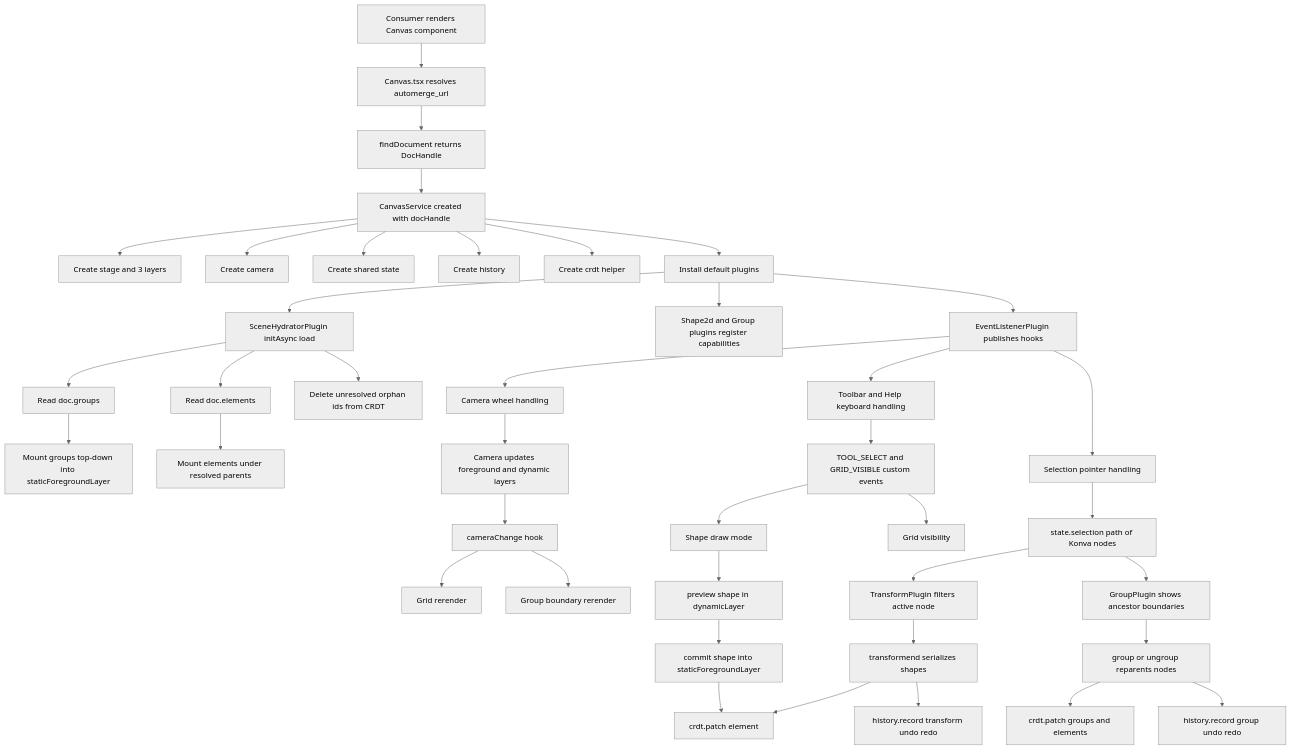
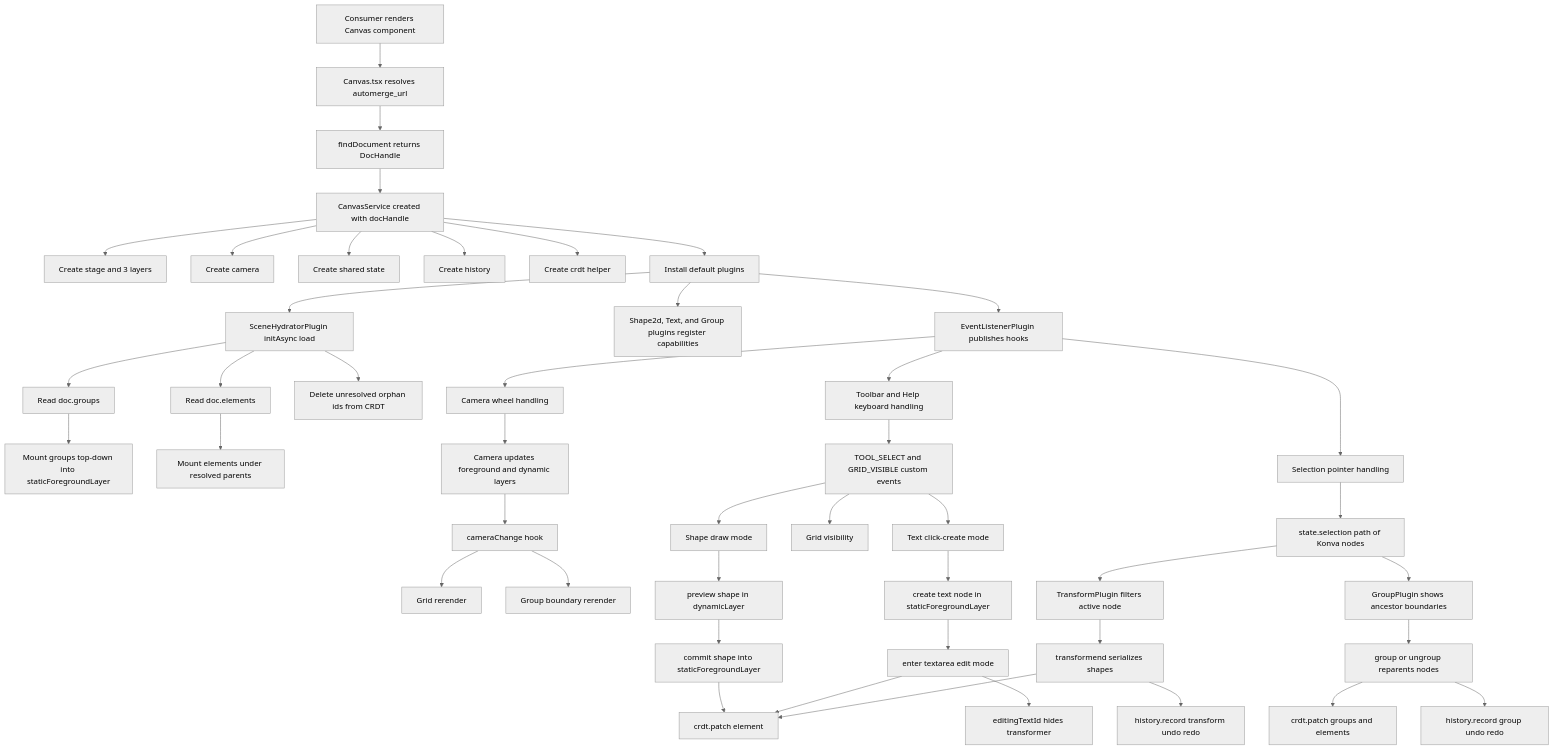
The diagram in specs/spec.canvas.md (vibecanvas/vibecanvas), drawn with Mermaid (neutral theme) before and after one commit. The commit also changed other lines of this file and 14 other files, not shown here.

````diff
--- a/specs/spec.canvas.md
+++ b/specs/spec.canvas.md
@@ -796,52 +849,58 @@
 ```mermaid
 flowchart TD
   A[Consumer renders Canvas component] --> B[Canvas.tsx resolves automerge_url]
   B --> C[findDocument returns DocHandle]
   C --> D[CanvasService created with docHandle]
 
   D --> E[Create stage and 3 layers]
   D --> F[Create camera]
   D --> G[Create shared state]
   D --> H[Create history]
   D --> I[Create crdt helper]
   D --> J[Install default plugins]
 
   J --> K[EventListenerPlugin publishes hooks]
-  J --> L[Shape2d and Group plugins register capabilities]
+  J --> L[Shape2d, Text, and Group plugins register capabilities]
   J --> M[SceneHydratorPlugin initAsync load]
 
   M --> N[Read doc.groups]
   M --> O[Read doc.elements]
   N --> P[Mount groups top-down into staticForegroundLayer]
   O --> Q[Mount elements under resolved parents]
   M --> R[Delete unresolved orphan ids from CRDT]
 
   K --> S[Toolbar and Help keyboard handling]
   K --> T[Selection pointer handling]
   K --> U[Camera wheel handling]
 
   U --> V[Camera updates foreground and dynamic layers]
   V --> W[cameraChange hook]
   W --> X[Grid rerender]
   W --> Y[Group boundary rerender]
 
   S --> Z[TOOL_SELECT and GRID_VISIBLE custom events]
   Z --> AA[Shape draw mode]
   Z --> AB[Grid visibility]
+  Z --> AC2[Text click-create mode]
 
   T --> AC[state.selection path of Konva nodes]
   AC --> AD[TransformPlugin filters active node]
   AC --> AE[GroupPlugin shows ancestor boundaries]
 
   AA --> AF[preview shape in dynamicLayer]
   AF --> AG[commit shape into staticForegroundLayer]
   AG --> AH[crdt.patch element]
 
+  AC2 --> AT[create text node in staticForegroundLayer]
+  AT --> AU[enter textarea edit mode]
+  AU --> AV[editingTextId hides transformer]
+  AU --> AH
+
   AD --> AI[transformend serializes shapes]
   AI --> AH
   AI --> AJ[history.record transform undo redo]
 
   AE --> AK[group or ungroup reparents nodes]
   AK --> AL[crdt.patch groups and elements]
   AK --> AM[history.record group undo redo]
 ```
````
